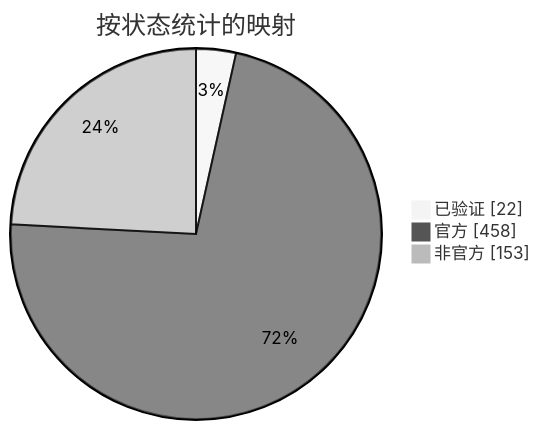
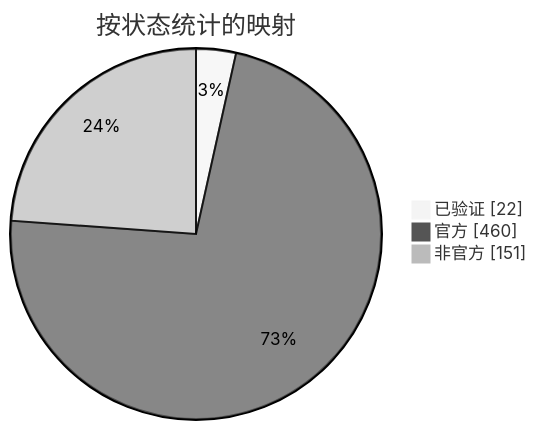
One commit to nobrega8/mbmap-library changed the diagram in docs/readme/README_ZHS.md. Above: the diagram before and after it, drawn with Mermaid (neutral theme). The commit also changed 7 other files, not shown here.

````diff
--- a/docs/readme/README_ZHS.md
+++ b/docs/readme/README_ZHS.md
@@ -54,7 +54,7 @@
 ```mermaid
 pie showData
     title 按状态统计的映射
     "已验证" : 22
-    "官方" : 458
-    "非官方" : 153
+    "官方" : 460
+    "非官方" : 151
 ```
````
